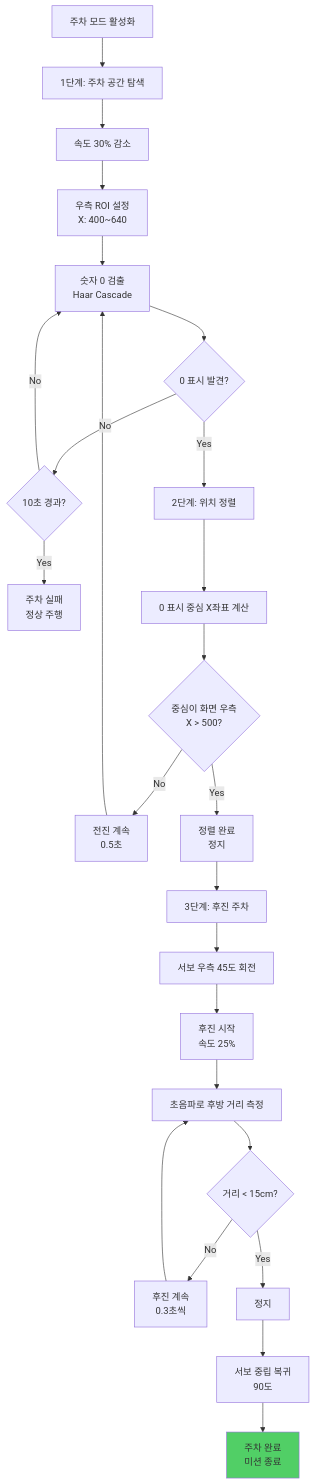
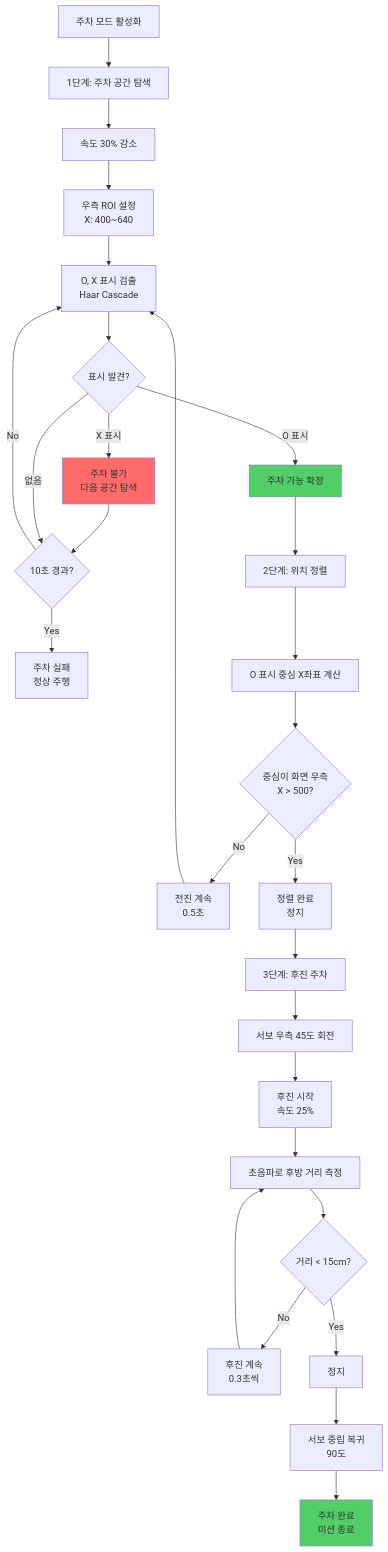
One commit to Collegenie-X/Raspbot-v2-self-driving-car changed diagram 19 of 45 in 06_final_self_driving/_1단계_요구사항_분석.md. Above: the diagram before and after it, drawn with Mermaid. The commit also changed other lines of this file and 7 other files, not shown here.

````diff
--- a/06_final_self_driving/_1단계_요구사항_분석.md
+++ b/06_final_self_driving/_1단계_요구사항_분석.md
@@ -733,38 +739,44 @@
 ```mermaid
 flowchart TD
     A[주차 모드 활성화] --> B[1단계: 주차 공간 탐색]
     
     B --> C[속도 30% 감소]
     C --> D[우측 ROI 설정<br/>X: 400~640]
     
-    D --> E[숫자 0 검출<br/>Haar Cascade]
-    E --> F{0 표시 발견?}
+    D --> E[O, X 표시 검출<br/>Haar Cascade]
+    E --> F{표시 발견?}
     
-    F -->|No| G{10초 경과?}
-    G -->|No| E
-    G -->|Yes| H[주차 실패<br/>정상 주행]
+    F -->|X 표시| G[주차 불가<br/>다음 공간 탐색]
+    G --> H{10초 경과?}
+    H -->|No| E
+    H -->|Yes| I[주차 실패<br/>정상 주행]
     
-    F -->|Yes| I[2단계: 위치 정렬]
-    I --> J[0 표시 중심 X좌표 계산]
-    J --> K{중심이 화면 우측<br/>X > 500?}
+    F -->|O 표시| J[주차 가능 확정]
+    J --> K[2단계: 위치 정렬]
+    K --> L[O 표시 중심 X좌표 계산]
+    L --> M{중심이 화면 우측<br/>X > 500?}
     
-    K -->|No| L[전진 계속<br/>0.5초]
-    L --> E
-    K -->|Yes| M[정렬 완료<br/>정지]
+    M -->|No| N[전진 계속<br/>0.5초]
+    N --> E
+    M -->|Yes| O[정렬 완료<br/>정지]
     
-    M --> N[3단계: 후진 주차]
-    N --> O[서보 우측 45도 회전]
-    O --> P[후진 시작<br/>속도 25%]
+    O --> P[3단계: 후진 주차]
+    P --> Q[서보 우측 45도 회전]
+    Q --> R[후진 시작<br/>속도 25%]
     
-    P --> Q[초음파로 후방 거리 측정]
-    Q --> R{거리 < 15cm?}
+    R --> S[초음파로 후방 거리 측정]
+    S --> T{거리 < 15cm?}
     
-    R -->|No| S[후진 계속<br/>0.3초씩]
-    S --> Q
+    T -->|No| U[후진 계속<br/>0.3초씩]
+    U --> S
     
-    R -->|Yes| T[정지]
-    T --> U[서보 중립 복귀<br/>90도]
-    U --> V[주차 완료<br/>미션 종료]
+    T -->|Yes| V[정지]
+    V --> W[서보 중립 복귀<br/>90도]
+    W --> X[주차 완료<br/>미션 종료]
     
-    style V fill:#51cf66
+    F -->|없음| H
+    
+    style G fill:#ff6b6b
+    style J fill:#51cf66
+    style X fill:#51cf66
 ```
````
